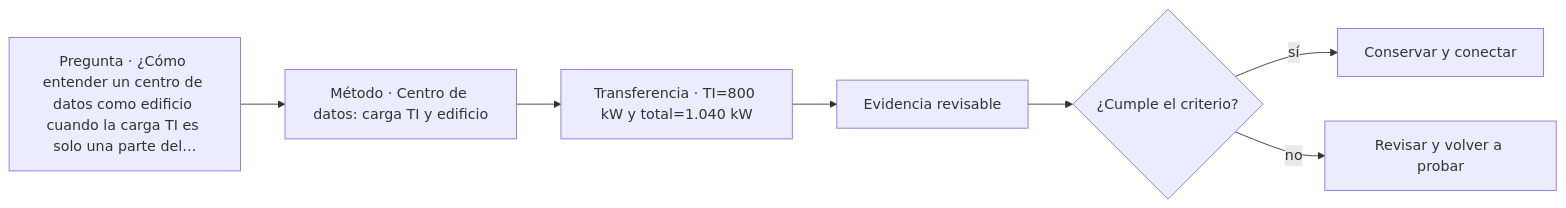
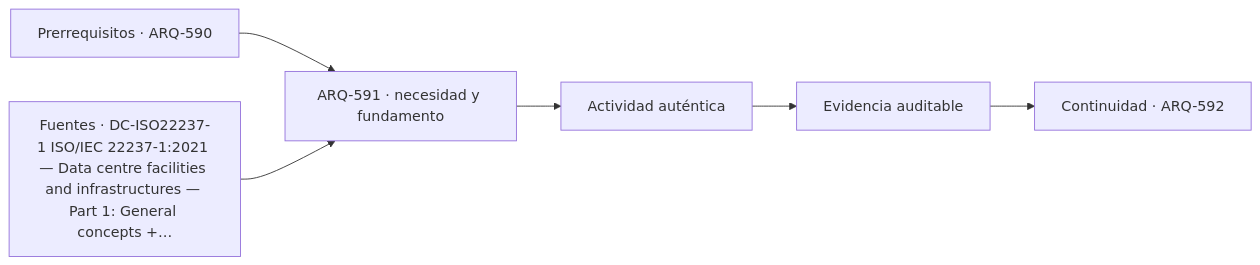
Before and after one commit to vladimiracunadev-create/architecture-built-environment-learning-program: the diagram in classes/parte-60/ARQ-591.md, drawn with Mermaid. The commit also changed other lines of this file and 761 other files, not shown here.

````diff
--- a/classes/parte-60/ARQ-591.md
+++ b/classes/parte-60/ARQ-591.md
@@ -93,9 +105,8 @@
 ```mermaid
 flowchart LR
-    Q["Pregunta · ¿Cómo entender un centro de datos como edificio cuando la carga TI es solo una parte del…"] --> M["Método · Centro de datos: carga TI y edificio"]
-    M --> P["Transferencia · TI=800 kW y total=1.040 kW"]
-    P --> E["Evidencia revisable"]
-    E --> C{"¿Cumple el criterio?"}
-    C -->|sí| T["Conservar y conectar"]
-    C -->|no| R["Revisar y volver a probar"]
+    A["Prerrequisitos · ARQ-590"] --> B["ARQ-591 · necesidad y fundamento"]
+    S["Fuentes · DC-ISO22237-1 ISO/IEC 22237-1:2021 — Data centre facilities and infrastructures — Part 1: General concepts +…"] --> B
+    B --> C["Actividad auténtica"]
+    C --> D["Evidencia auditable"]
+    D --> E["Continuidad · ARQ-592"]
 ```
````
